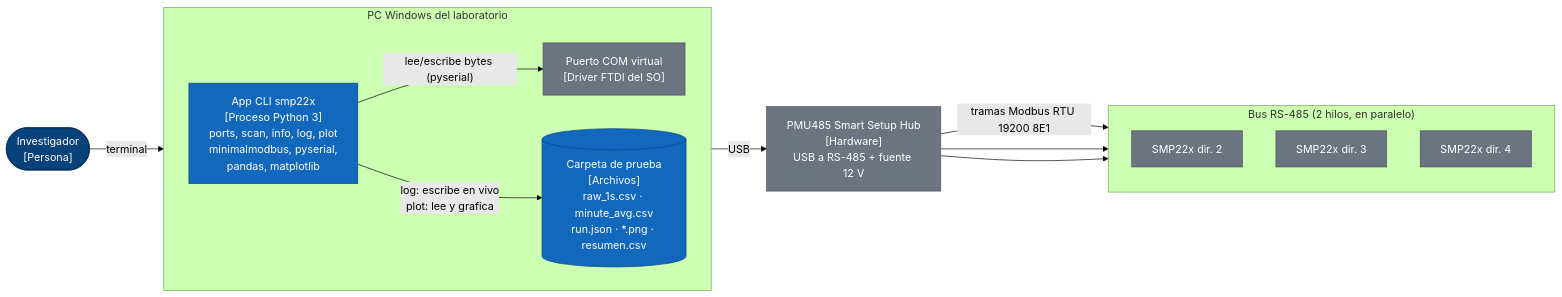
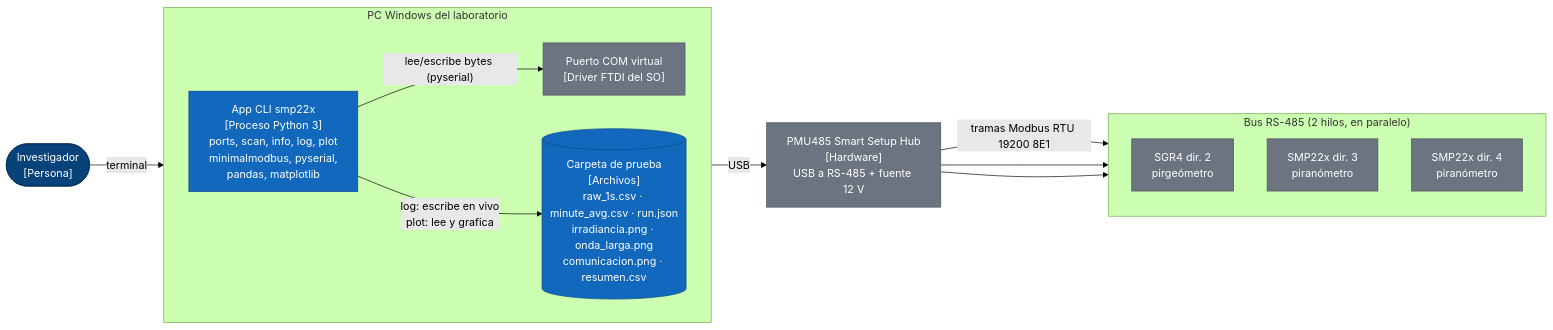
One commit to RodrigoAlexander7/solys2-automatization changed the second of 4 diagrams in docs/arquitectura-c4.md. Above: the diagram before and after it, drawn with Mermaid (forest theme). The commit also changed other lines of this file and 11 other files, not shown here.

````diff
--- a/docs/arquitectura-c4.md
+++ b/docs/arquitectura-c4.md
@@ -70,32 +73,32 @@
 ```mermaid
 flowchart LR
   tech(["Investigador<br/>[Persona]"])
   subgraph pc["PC Windows del laboratorio"]
     direction LR
     cli["App CLI smp22x<br/>[Proceso Python 3]<br/>ports, scan, info, log, plot<br/>minimalmodbus, pyserial,<br/>pandas, matplotlib"]
     drv["Puerto COM virtual<br/>[Driver FTDI del SO]"]
-    run[("Carpeta de prueba<br/>[Archivos]<br/>raw_1s.csv · minute_avg.csv<br/>run.json · *.png · resumen.csv")]
+    run[("Carpeta de prueba<br/>[Archivos]<br/>raw_1s.csv · minute_avg.csv · run.json<br/>irradiancia.png · onda_larga.png<br/>comunicacion.png · resumen.csv")]
   end
   pmu["PMU485 Smart Setup Hub<br/>[Hardware]<br/>USB a RS-485 + fuente 12 V"]
   subgraph bus["Bus RS-485 (2 hilos, en paralelo)"]
     direction TB
-    s2["SMP22x dir. 2"]
-    s3["SMP22x dir. 3"]
-    s4["SMP22x dir. 4"]
+    s2["SGR4 dir. 2<br/>pirgeómetro"]
+    s3["SMP22x dir. 3<br/>piranómetro"]
+    s4["SMP22x dir. 4<br/>piranómetro"]
   end
 
   tech -->|"terminal"| cli
   cli -->|"lee/escribe bytes (pyserial)"| drv
   drv -->|"USB"| pmu
   pmu -->|"tramas Modbus RTU 19200 8E1"| s2
   pmu --> s3
   pmu --> s4
   cli -->|"log: escribe en vivo<br/>plot: lee y grafica"| run
 
   classDef person fill:#08427b,stroke:#052e56,color:#ffffff
   classDef container fill:#1168bd,stroke:#0b4884,color:#ffffff
   classDef ext fill:#6b7480,stroke:#4d545d,color:#ffffff
   class tech person
   class cli,run container
   class drv,pmu,s2,s3,s4 ext
 ```
````
